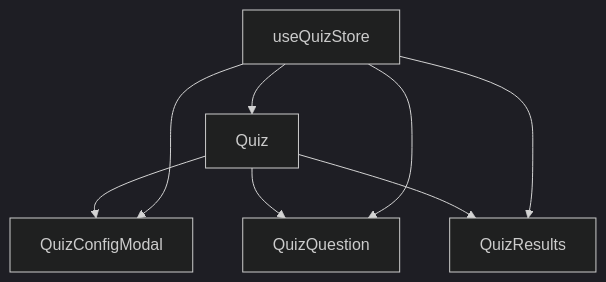
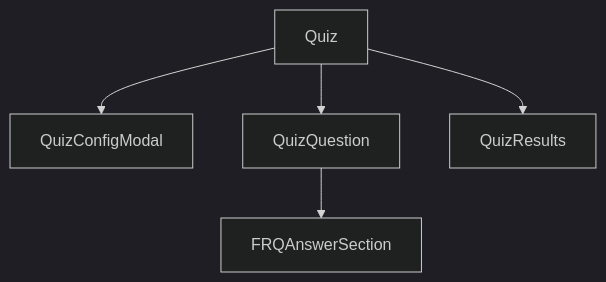
The first of 2 diagrams in memory-bank/systemPatterns.md (alexlitinsky/remevi), drawn with Mermaid (dark theme) before and after one commit. The commit also changed other lines of this file and 18 other files, not shown here.

Commit message:
better quiz ux flow

````diff
--- a/memory-bank/systemPatterns.md
+++ b/memory-bank/systemPatterns.md
@@ -6,10 +6,7 @@
 ```mermaid
 graph TD
-    A[Quiz] --> B[QuizConfigModal]
-    A --> C[QuizQuestion]
-    A --> D[QuizResults]
-    E[useQuizStore] --> A
-    E --> B
-    E --> C
-    E --> D
+    Quiz --> QuizConfigModal
+    Quiz --> QuizQuestion
+    Quiz --> QuizResults
+    QuizQuestion --> FRQAnswerSection
 ```
````
